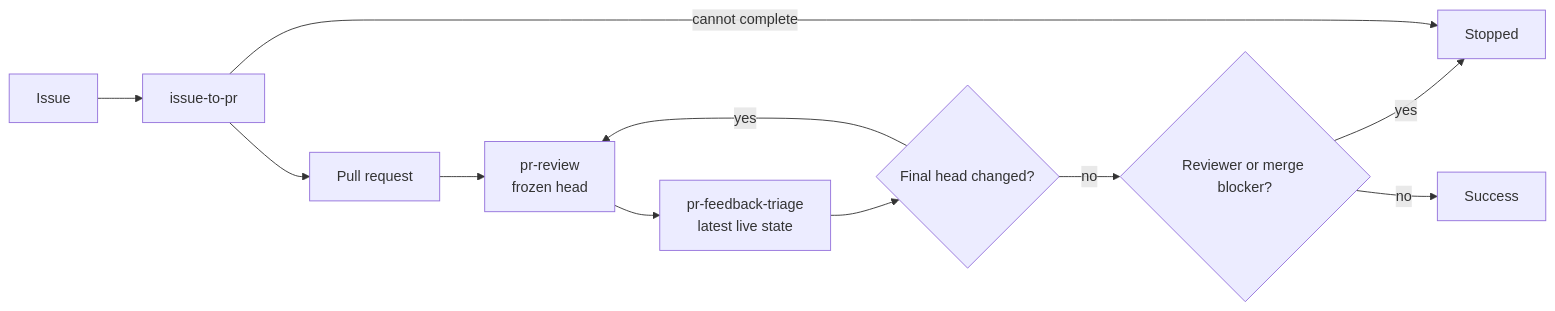
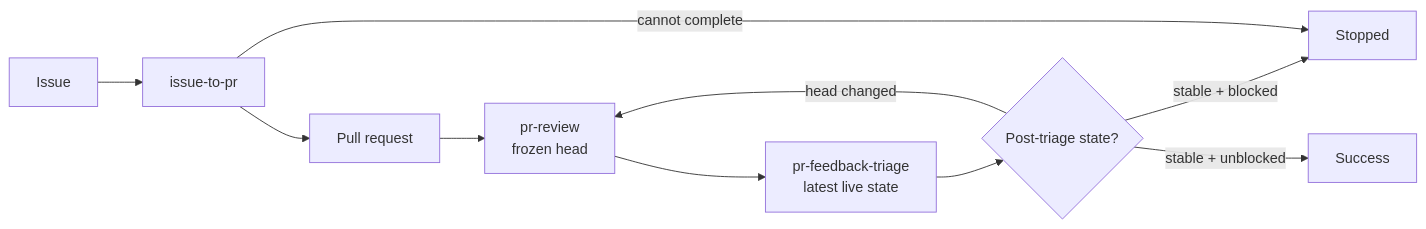
One commit to dceoy/pr-loop changed the diagram in README.md. Above: the diagram before and after it, drawn with Mermaid.

Commit message:
docs: simplify post-triage flow diagram (#16)
* docs: simplify post-triage flow diagram

* docs: preserve README newline

````diff
--- a/README.md
+++ b/README.md
@@ -16,12 +16,11 @@
 ```mermaid
 flowchart LR
   I[Issue] --> P[issue-to-pr] --> PR[Pull request]
   PR --> R[pr-review<br/>frozen head]
   R --> F[pr-feedback-triage<br/>latest live state]
-  F --> H{Final head changed?}
-  H -->|yes| R
-  H -->|no| B{Reviewer or merge blocker?}
-  B -->|yes| X[Stopped]
-  B -->|no| S[Success]
+  F --> D{Post-triage state?}
+  D -->|head changed| R
+  D -->|stable + blocked| X[Stopped]
+  D -->|stable + unblocked| S[Success]
   P -->|cannot complete| X
 ```
````
